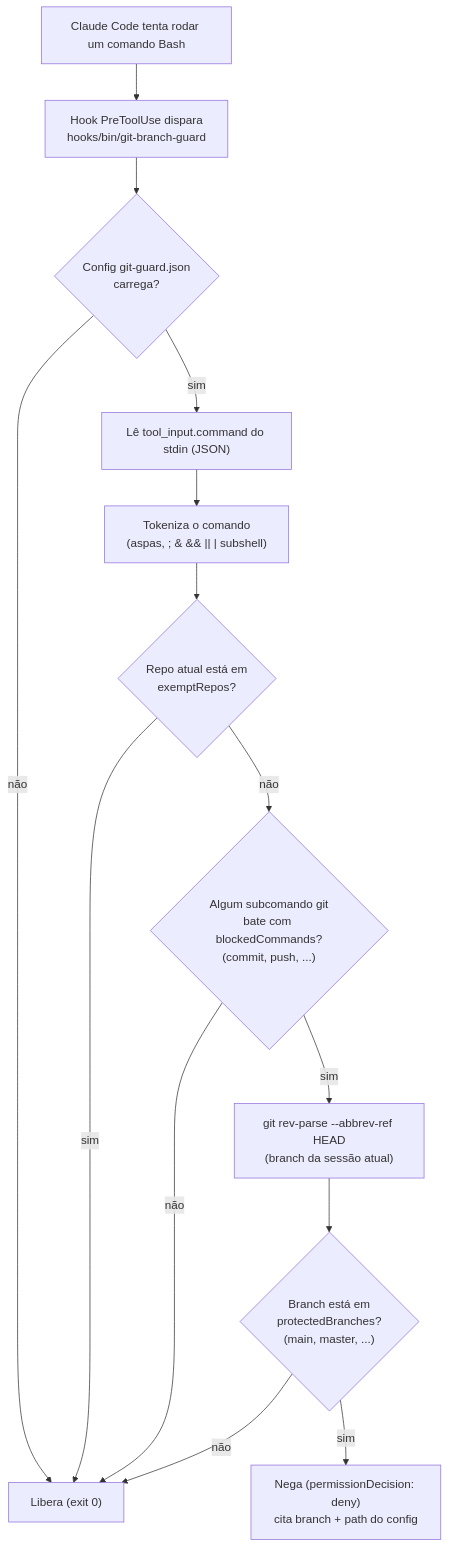
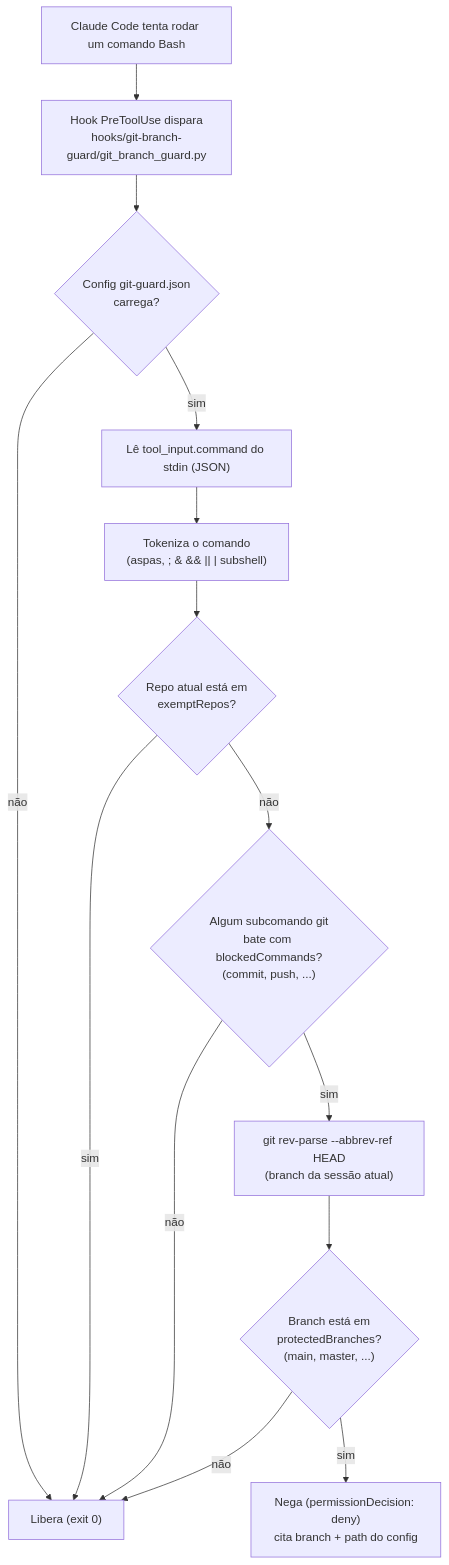
One commit to gabrielpaschoal-eng/IA-ENGINEERING changed the diagram in README.md. Above: the diagram before and after it, drawn with Mermaid. The commit also changed other lines of this file and 7 other files, not shown here.

````diff
--- a/README.md
+++ b/README.md
@@ -36,16 +26,16 @@
 ```mermaid
 flowchart TD
-    A["Claude Code tenta rodar um comando Bash"] --> B["Hook PreToolUse dispara<br/>hooks/bin/git-branch-guard"]
+    A["Claude Code tenta rodar um comando Bash"] --> B["Hook PreToolUse dispara<br/>hooks/git-branch-guard/git_branch_guard.py"]
     B --> C{"Config git-guard.json<br/>carrega?"}
     C -- não --> Z["Libera (exit 0)"]
     C -- sim --> D["Lê tool_input.command do stdin (JSON)"]
     D --> E["Tokeniza o comando<br/>(aspas, ; & && || | subshell)"]
     E --> F{"Repo atual está em<br/>exemptRepos?"}
     F -- sim --> Z
     F -- não --> G{"Algum subcomando git<br/>bate com blockedCommands?<br/>(commit, push, ...)"}
     G -- não --> Z
     G -- sim --> H["git rev-parse --abbrev-ref HEAD<br/>(branch da sessão atual)"]
     H --> I{"Branch está em<br/>protectedBranches?<br/>(main, master, ...)"}
     I -- não --> Z
     I -- sim --> J["Nega (permissionDecision: deny)<br/>cita branch + path do config"]
 ```
````
